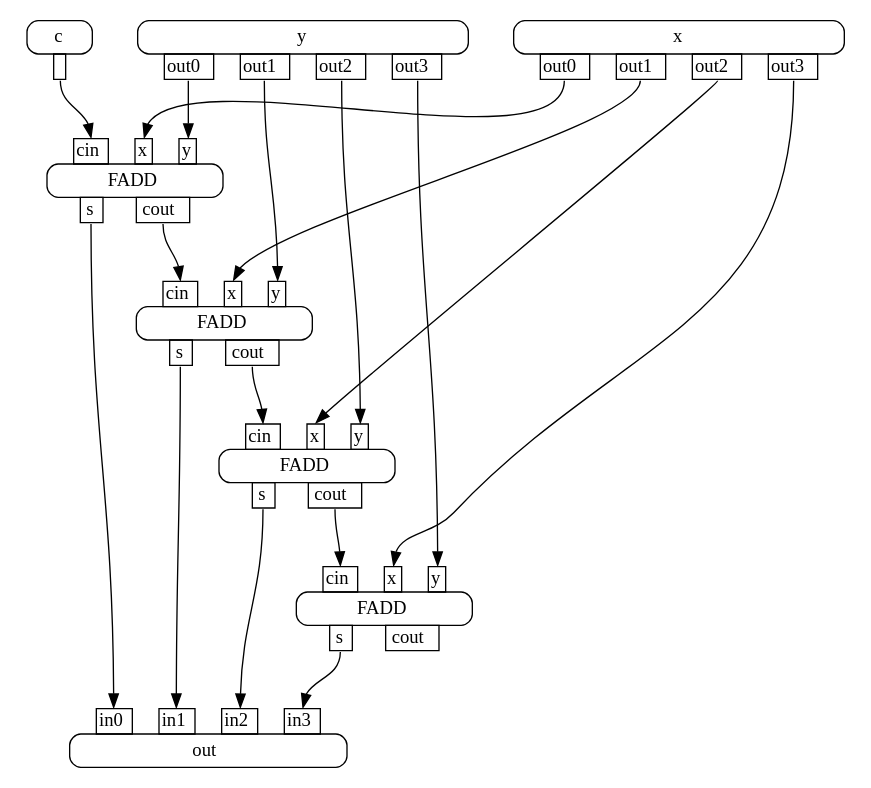
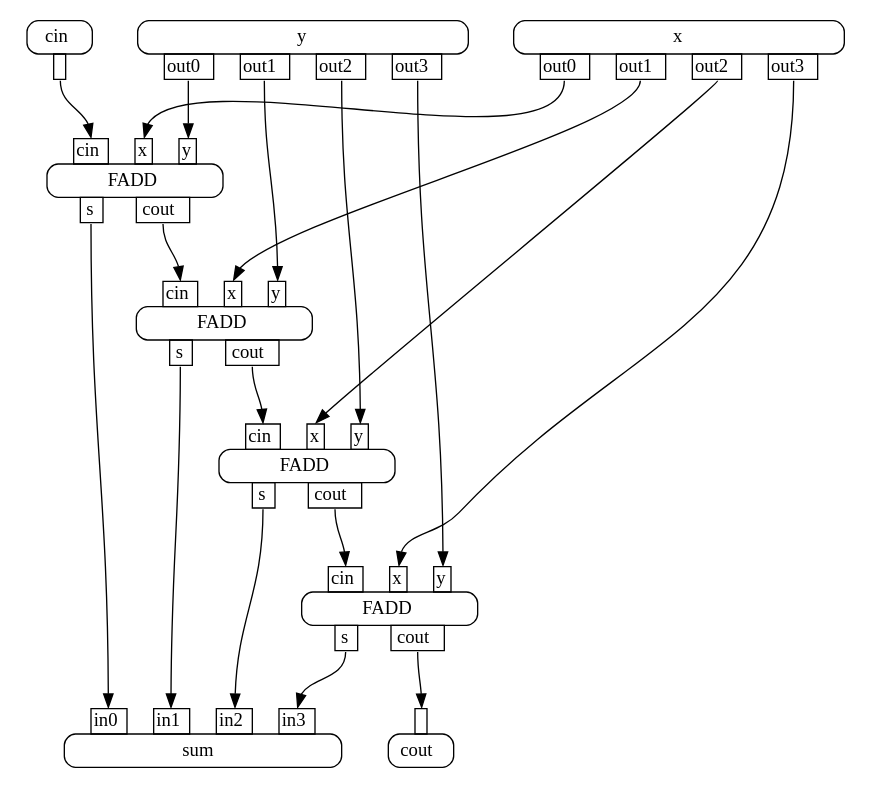
One commit to akuczala/cat-circuits changed the diagram in graphs/example9.gv. Above: the diagram before and after it, drawn with Graphviz. The commit also changed 10 other files, not shown here.

```diff
--- a/graphs/example9.gv
+++ b/graphs/example9.gv
@@ -1,66 +1,72 @@
 digraph {
     n0 [shape=plaintext
-       ,label=<<TABLE BORDER="0" CELLBORDER="0" CELLSPACING="0" CELLPADDING="0"><TR><TD><TABLE BORDER="0" CELLBORDER="0" CELLSPACING="0" CELLPADDING="0"><TR><TD WIDTH="20"></TD> <TD PORT="in0" BORDER="1" CELLPADDING="1">in0</TD> <TD WIDTH="20"></TD> <TD PORT="in1" BORDER="1" CELLPADDING="1">in1</TD> <TD WIDTH="20"></TD> <TD PORT="in2" BORDER="1" CELLPADDING="1">in2</TD> <TD WIDTH="20"></TD> <TD PORT="in3" BORDER="1" CELLPADDING="1">in3</TD> <TD WIDTH="20"></TD></TR></TABLE></TD></TR>
-                                                                                <TR><TD BORDER="1" CELLPADDING="4" STYLE="ROUNDED">out</TD></TR>
+       ,label=<<TABLE BORDER="0" CELLBORDER="0" CELLSPACING="0" CELLPADDING="0"><TR><TD><TABLE BORDER="0" CELLBORDER="0" CELLSPACING="0" CELLPADDING="0"><TR><TD WIDTH="20"></TD> <TD PORT="in0" BORDER="1" CELLPADDING="1"> </TD> <TD WIDTH="20"></TD></TR></TABLE></TD></TR>
+                                                                                <TR><TD BORDER="1" CELLPADDING="4" STYLE="ROUNDED">cout</TD></TR>
                                                                                 <TR><TD><TABLE BORDER="0" CELLBORDER="0" CELLSPACING="0" CELLPADDING="0"><TR><TD WIDTH="20"></TD> <TD WIDTH="20"></TD></TR></TABLE></TD></TR></TABLE>>];
     n1 [shape=plaintext
-       ,label=<<TABLE BORDER="0" CELLBORDER="0" CELLSPACING="0" CELLPADDING="0"><TR><TD><TABLE BORDER="0" CELLBORDER="0" CELLSPACING="0" CELLPADDING="0"><TR><TD WIDTH="20"></TD> <TD PORT="in0" BORDER="1" CELLPADDING="1">cin</TD> <TD WIDTH="20"></TD> <TD PORT="in1" BORDER="1" CELLPADDING="1">x</TD> <TD WIDTH="20"></TD> <TD PORT="in2" BORDER="1" CELLPADDING="1">y</TD> <TD WIDTH="20"></TD></TR></TABLE></TD></TR>
-                                                                                <TR><TD BORDER="1" CELLPADDING="4" STYLE="ROUNDED">FADD</TD></TR>
-                                                                                <TR><TD><TABLE BORDER="0" CELLBORDER="0" CELLSPACING="0" CELLPADDING="0"><TR><TD WIDTH="20"></TD> <TD PORT="out0" BORDER="1" CELLPADDING="1">s</TD> <TD WIDTH="20"></TD> <TD PORT="out1" BORDER="1" CELLPADDING="1">cout</TD> <TD WIDTH="20"></TD></TR></TABLE></TD></TR></TABLE>>];
+       ,label=<<TABLE BORDER="0" CELLBORDER="0" CELLSPACING="0" CELLPADDING="0"><TR><TD><TABLE BORDER="0" CELLBORDER="0" CELLSPACING="0" CELLPADDING="0"><TR><TD WIDTH="20"></TD> <TD PORT="in0" BORDER="1" CELLPADDING="1">in0</TD> <TD WIDTH="20"></TD> <TD PORT="in1" BORDER="1" CELLPADDING="1">in1</TD> <TD WIDTH="20"></TD> <TD PORT="in2" BORDER="1" CELLPADDING="1">in2</TD> <TD WIDTH="20"></TD> <TD PORT="in3" BORDER="1" CELLPADDING="1">in3</TD> <TD WIDTH="20"></TD></TR></TABLE></TD></TR>
+                                                                                <TR><TD BORDER="1" CELLPADDING="4" STYLE="ROUNDED">sum</TD></TR>
+                                                                                <TR><TD><TABLE BORDER="0" CELLBORDER="0" CELLSPACING="0" CELLPADDING="0"><TR><TD WIDTH="20"></TD> <TD WIDTH="20"></TD></TR></TABLE></TD></TR></TABLE>>];
     n2 [shape=plaintext
        ,label=<<TABLE BORDER="0" CELLBORDER="0" CELLSPACING="0" CELLPADDING="0"><TR><TD><TABLE BORDER="0" CELLBORDER="0" CELLSPACING="0" CELLPADDING="0"><TR><TD WIDTH="20"></TD> <TD PORT="in0" BORDER="1" CELLPADDING="1">cin</TD> <TD WIDTH="20"></TD> <TD PORT="in1" BORDER="1" CELLPADDING="1">x</TD> <TD WIDTH="20"></TD> <TD PORT="in2" BORDER="1" CELLPADDING="1">y</TD> <TD WIDTH="20"></TD></TR></TABLE></TD></TR>
                                                                                 <TR><TD BORDER="1" CELLPADDING="4" STYLE="ROUNDED">FADD</TD></TR>
                                                                                 <TR><TD><TABLE BORDER="0" CELLBORDER="0" CELLSPACING="0" CELLPADDING="0"><TR><TD WIDTH="20"></TD> <TD PORT="out0" BORDER="1" CELLPADDING="1">s</TD> <TD WIDTH="20"></TD> <TD PORT="out1" BORDER="1" CELLPADDING="1">cout</TD> <TD WIDTH="20"></TD></TR></TABLE></TD></TR></TABLE>>];
     n3 [shape=plaintext
        ,label=<<TABLE BORDER="0" CELLBORDER="0" CELLSPACING="0" CELLPADDING="0"><TR><TD><TABLE BORDER="0" CELLBORDER="0" CELLSPACING="0" CELLPADDING="0"><TR><TD WIDTH="20"></TD> <TD PORT="in0" BORDER="1" CELLPADDING="1">cin</TD> <TD WIDTH="20"></TD> <TD PORT="in1" BORDER="1" CELLPADDING="1">x</TD> <TD WIDTH="20"></TD> <TD PORT="in2" BORDER="1" CELLPADDING="1">y</TD> <TD WIDTH="20"></TD></TR></TABLE></TD></TR>
                                                                                 <TR><TD BORDER="1" CELLPADDING="4" STYLE="ROUNDED">FADD</TD></TR>
                                                                                 <TR><TD><TABLE BORDER="0" CELLBORDER="0" CELLSPACING="0" CELLPADDING="0"><TR><TD WIDTH="20"></TD> <TD PORT="out0" BORDER="1" CELLPADDING="1">s</TD> <TD WIDTH="20"></TD> <TD PORT="out1" BORDER="1" CELLPADDING="1">cout</TD> <TD WIDTH="20"></TD></TR></TABLE></TD></TR></TABLE>>];
     n4 [shape=plaintext
        ,label=<<TABLE BORDER="0" CELLBORDER="0" CELLSPACING="0" CELLPADDING="0"><TR><TD><TABLE BORDER="0" CELLBORDER="0" CELLSPACING="0" CELLPADDING="0"><TR><TD WIDTH="20"></TD> <TD PORT="in0" BORDER="1" CELLPADDING="1">cin</TD> <TD WIDTH="20"></TD> <TD PORT="in1" BORDER="1" CELLPADDING="1">x</TD> <TD WIDTH="20"></TD> <TD PORT="in2" BORDER="1" CELLPADDING="1">y</TD> <TD WIDTH="20"></TD></TR></TABLE></TD></TR>
                                                                                 <TR><TD BORDER="1" CELLPADDING="4" STYLE="ROUNDED">FADD</TD></TR>
                                                                                 <TR><TD><TABLE BORDER="0" CELLBORDER="0" CELLSPACING="0" CELLPADDING="0"><TR><TD WIDTH="20"></TD> <TD PORT="out0" BORDER="1" CELLPADDING="1">s</TD> <TD WIDTH="20"></TD> <TD PORT="out1" BORDER="1" CELLPADDING="1">cout</TD> <TD WIDTH="20"></TD></TR></TABLE></TD></TR></TABLE>>];
     n5 [shape=plaintext
+       ,label=<<TABLE BORDER="0" CELLBORDER="0" CELLSPACING="0" CELLPADDING="0"><TR><TD><TABLE BORDER="0" CELLBORDER="0" CELLSPACING="0" CELLPADDING="0"><TR><TD WIDTH="20"></TD> <TD PORT="in0" BORDER="1" CELLPADDING="1">cin</TD> <TD WIDTH="20"></TD> <TD PORT="in1" BORDER="1" CELLPADDING="1">x</TD> <TD WIDTH="20"></TD> <TD PORT="in2" BORDER="1" CELLPADDING="1">y</TD> <TD WIDTH="20"></TD></TR></TABLE></TD></TR>
+                                                                                <TR><TD BORDER="1" CELLPADDING="4" STYLE="ROUNDED">FADD</TD></TR>
+                                                                                <TR><TD><TABLE BORDER="0" CELLBORDER="0" CELLSPACING="0" CELLPADDING="0"><TR><TD WIDTH="20"></TD> <TD PORT="out0" BORDER="1" CELLPADDING="1">s</TD> <TD WIDTH="20"></TD> <TD PORT="out1" BORDER="1" CELLPADDING="1">cout</TD> <TD WIDTH="20"></TD></TR></TABLE></TD></TR></TABLE>>];
+    n6 [shape=plaintext
        ,label=<<TABLE BORDER="0" CELLBORDER="0" CELLSPACING="0" CELLPADDING="0"><TR><TD><TABLE BORDER="0" CELLBORDER="0" CELLSPACING="0" CELLPADDING="0"><TR><TD WIDTH="20"></TD> <TD WIDTH="20"></TD></TR></TABLE></TD></TR>
                                                                                 <TR><TD BORDER="1" CELLPADDING="4" STYLE="ROUNDED">y</TD></TR>
                                                                                 <TR><TD><TABLE BORDER="0" CELLBORDER="0" CELLSPACING="0" CELLPADDING="0"><TR><TD WIDTH="20"></TD> <TD PORT="out0" BORDER="1" CELLPADDING="1">out0</TD> <TD WIDTH="20"></TD> <TD PORT="out1" BORDER="1" CELLPADDING="1">out1</TD> <TD WIDTH="20"></TD> <TD PORT="out2" BORDER="1" CELLPADDING="1">out2</TD> <TD WIDTH="20"></TD> <TD PORT="out3" BORDER="1" CELLPADDING="1">out3</TD> <TD WIDTH="20"></TD></TR></TABLE></TD></TR></TABLE>>];
-    n6 [shape=plaintext
+    n7 [shape=plaintext
        ,label=<<TABLE BORDER="0" CELLBORDER="0" CELLSPACING="0" CELLPADDING="0"><TR><TD><TABLE BORDER="0" CELLBORDER="0" CELLSPACING="0" CELLPADDING="0"><TR><TD WIDTH="20"></TD> <TD WIDTH="20"></TD></TR></TABLE></TD></TR>
                                                                                 <TR><TD BORDER="1" CELLPADDING="4" STYLE="ROUNDED">x</TD></TR>
                                                                                 <TR><TD><TABLE BORDER="0" CELLBORDER="0" CELLSPACING="0" CELLPADDING="0"><TR><TD WIDTH="20"></TD> <TD PORT="out0" BORDER="1" CELLPADDING="1">out0</TD> <TD WIDTH="20"></TD> <TD PORT="out1" BORDER="1" CELLPADDING="1">out1</TD> <TD WIDTH="20"></TD> <TD PORT="out2" BORDER="1" CELLPADDING="1">out2</TD> <TD WIDTH="20"></TD> <TD PORT="out3" BORDER="1" CELLPADDING="1">out3</TD> <TD WIDTH="20"></TD></TR></TABLE></TD></TR></TABLE>>];
-    n7 [shape=plaintext
+    n8 [shape=plaintext
        ,label=<<TABLE BORDER="0" CELLBORDER="0" CELLSPACING="0" CELLPADDING="0"><TR><TD><TABLE BORDER="0" CELLBORDER="0" CELLSPACING="0" CELLPADDING="0"><TR><TD WIDTH="20"></TD> <TD WIDTH="20"></TD></TR></TABLE></TD></TR>
-                                                                                <TR><TD BORDER="1" CELLPADDING="4" STYLE="ROUNDED">c</TD></TR>
+                                                                                <TR><TD BORDER="1" CELLPADDING="4" STYLE="ROUNDED">cin</TD></TR>
                                                                                 <TR><TD><TABLE BORDER="0" CELLBORDER="0" CELLSPACING="0" CELLPADDING="0"><TR><TD WIDTH="20"></TD> <TD PORT="out0" BORDER="1" CELLPADDING="1"> </TD> <TD WIDTH="20"></TD></TR></TABLE></TD></TR></TABLE>>];
-    n4 -> n0 [headport=in0
+    n2 -> n0 [headport=in0
+             ,tailport=out1];
+    n5 -> n1 [headport=in0
              ,tailport=out0];
-    n3 -> n0 [headport=in1
+    n4 -> n1 [headport=in1
              ,tailport=out0];
-    n2 -> n0 [headport=in2
+    n3 -> n1 [headport=in2
              ,tailport=out0];
-    n1 -> n0 [headport=in3
+    n2 -> n1 [headport=in3
              ,tailport=out0];
-    n2 -> n1 [headport=in0
-             ,tailport=out1];
-    n6 -> n1 [headport=in1
-             ,tailport=out3];
-    n5 -> n1 [headport=in2
-             ,tailport=out3];
     n3 -> n2 [headport=in0
              ,tailport=out1];
-    n6 -> n2 [headport=in1
-             ,tailport=out2];
-    n5 -> n2 [headport=in2
-             ,tailport=out2];
+    n7 -> n2 [headport=in1
+             ,tailport=out3];
+    n6 -> n2 [headport=in2
+             ,tailport=out3];
     n4 -> n3 [headport=in0
              ,tailport=out1];
-    n6 -> n3 [headport=in1
+    n7 -> n3 [headport=in1
+             ,tailport=out2];
+    n6 -> n3 [headport=in2
+             ,tailport=out2];
+    n5 -> n4 [headport=in0
              ,tailport=out1];
-    n5 -> n3 [headport=in2
+    n7 -> n4 [headport=in1
              ,tailport=out1];
-    n7 -> n4 [headport=in0
+    n6 -> n4 [headport=in2
+             ,tailport=out1];
+    n8 -> n5 [headport=in0
              ,tailport=out0];
-    n6 -> n4 [headport=in1
+    n7 -> n5 [headport=in1
              ,tailport=out0];
-    n5 -> n4 [headport=in2
+    n6 -> n5 [headport=in2
              ,tailport=out0];
 }
```
